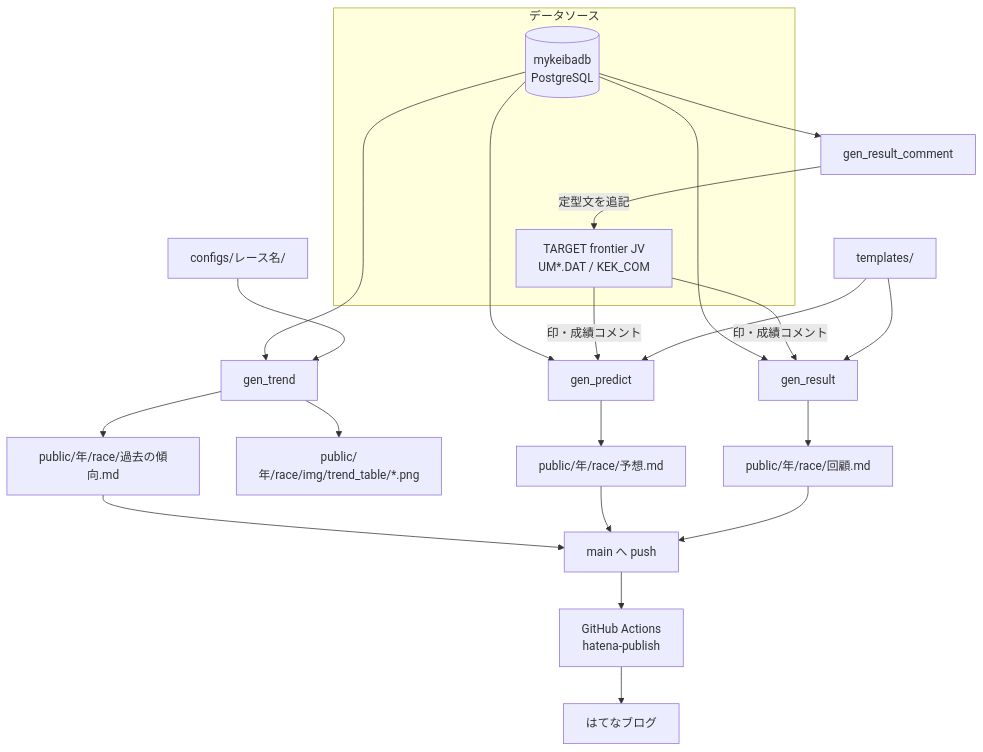
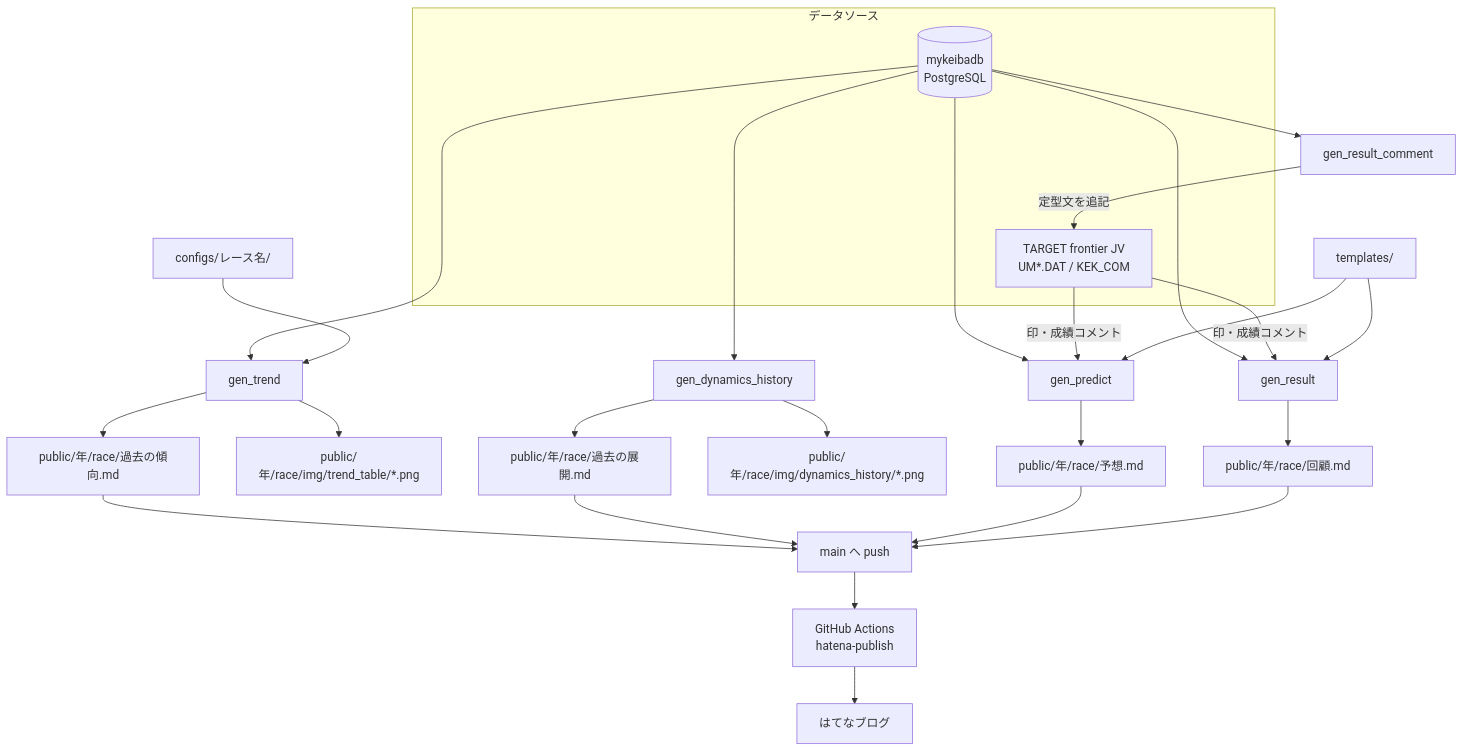
Before and after one commit to Kubo-Tech/g1-predict: the diagram in docs/architecture.md, drawn with Mermaid. The commit also changed other lines of this file and 3 other files, not shown here.

````diff
--- a/docs/architecture.md
+++ b/docs/architecture.md
@@ -38,34 +38,38 @@
 ```mermaid
 flowchart TD
     subgraph src[データソース]
         DB[(mykeibadb<br/>PostgreSQL)]
         TFJV[TARGET frontier JV<br/>UM*.DAT / KEK_COM]
     end
 
     CFG[configs/レース名/]
     TPL[templates/]
 
     DB --> GT[gen_trend]
+    DB --> GDH[gen_dynamics_history]
     DB --> GP[gen_predict]
     DB --> GR[gen_result]
     DB --> GRC[gen_result_comment]
 
     TFJV -- 印・成績コメント --> GP
     TFJV -- 印・成績コメント --> GR
     GRC -- 定型文を追記 --> TFJV
 
     CFG --> GT
     TPL --> GP
     TPL --> GR
 
     GT --> MD1[public/年/race/過去の傾向.md]
     GT --> IMG[public/年/race/img/trend_table/*.png]
+    GDH --> MD4[public/年/race/過去の展開.md]
+    GDH --> IMG2[public/年/race/img/dynamics_history/*.png]
     GP --> MD2[public/年/race/予想.md]
     GR --> MD3[public/年/race/回顧.md]
 
     MD1 --> PUSH[main へ push]
+    MD4 --> PUSH
     MD2 --> PUSH
     MD3 --> PUSH
     PUSH --> GHA[GitHub Actions<br/>hatena-publish]
     GHA --> BLOG[はてなブログ]
 ```
````
